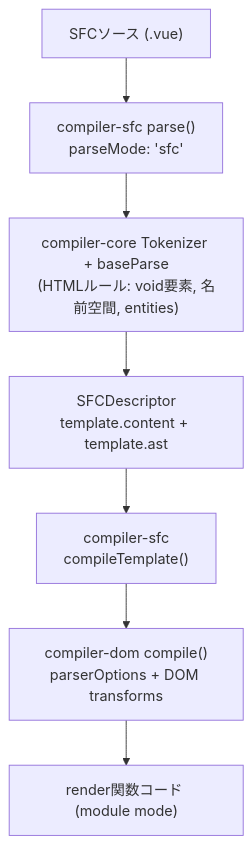
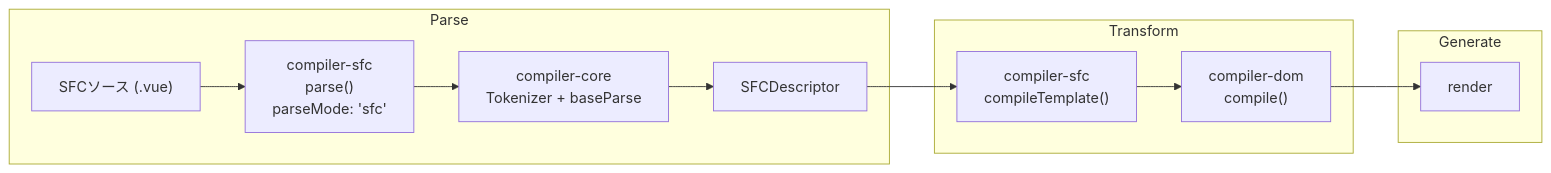
Before and after one commit to yamanoku/yamanoku.github.io: the diagram in records/presentations/vuefes-japan-2026/11ty/pages/ja.md, drawn with Mermaid. The commit also changed other lines of this file and 2 other files, not shown here.

Commit message:
wip: コンパイル図をParse/Transform/Generateに分け、Markuplintルール例を追加

````diff
--- a/records/presentations/vuefes-japan-2026/11ty/pages/ja.md
+++ b/records/presentations/vuefes-japan-2026/11ty/pages/ja.md
@@ -152,9 +152,17 @@
 ```mermaid
-flowchart TD
-  A["SFCソース (.vue)"] --> B["compiler-sfc parse()<br/>parseMode: 'sfc'"]
-  B --> C["compiler-core Tokenizer + baseParse<br/>(HTMLルール: void要素, 名前空間, entities)"]
-  C --> D["SFCDescriptor<br/>template.content + template.ast"]
-  D --> E["compiler-sfc<br/>compileTemplate()"]
-  E --> F["compiler-dom compile()<br/>parserOptions + DOM transforms"]
-  F --> G["render関数コード (module mode)"]
+flowchart LR
+  subgraph Parse
+    A["SFCソース (.vue)"] --> B["compiler-sfc<br/>parse()<br/>parseMode: 'sfc'"]
+    B --> C["compiler-core<br/>Tokenizer + baseParse"]
+    C --> D["SFCDescriptor"]
+  end
+  subgraph Transform
+    E["compiler-sfc<br/>compileTemplate()"]
+    E --> F["compiler-dom<br/>compile()"]
+  end
+  subgraph Generate
+    G["render"]
+  end
+  D --> E
+  F --> G
 ```
````
